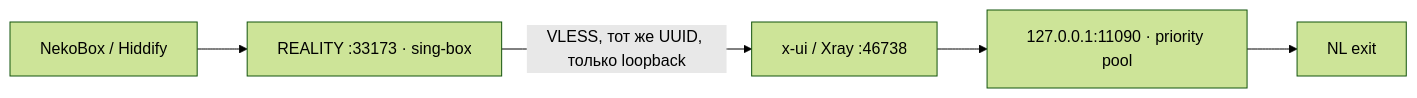
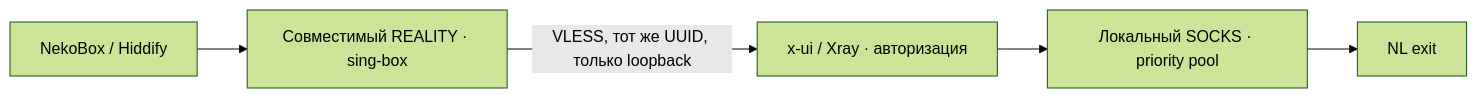
One commit to Ja1rman/vpn changed the diagram in docs/android-and-performance.md. Above: the diagram before and after it, drawn with Mermaid (forest theme). The commit also changed other lines of this file and 84 other files, not shown here.

Commit message:
Keep deployment endpoints private and fix NekoBox Auto profiles [skip ci]

````diff
--- a/docs/android-and-performance.md
+++ b/docs/android-and-performance.md
@@ -25,7 +35,7 @@
 ```mermaid
 flowchart LR
-    Phone["NekoBox / Hiddify"] --> Front["REALITY :33173 · sing-box"]
-    Front -->|"VLESS, тот же UUID, только loopback"| Main["x-ui / Xray :46738"]
-    Main --> Pool["127.0.0.1:11090 · priority pool"]
+    Phone["NekoBox / Hiddify"] --> Front["Совместимый REALITY · sing-box"]
+    Front -->|"VLESS, тот же UUID, только loopback"| Main["x-ui / Xray · авторизация"]
+    Main --> Pool["Локальный SOCKS · priority pool"]
     Pool --> NL["NL exit"]
 ```
````
